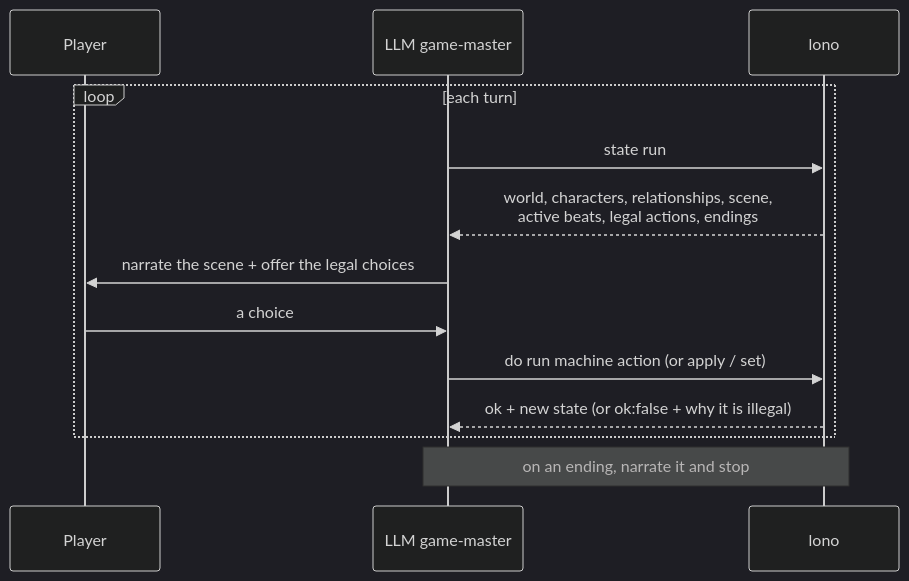
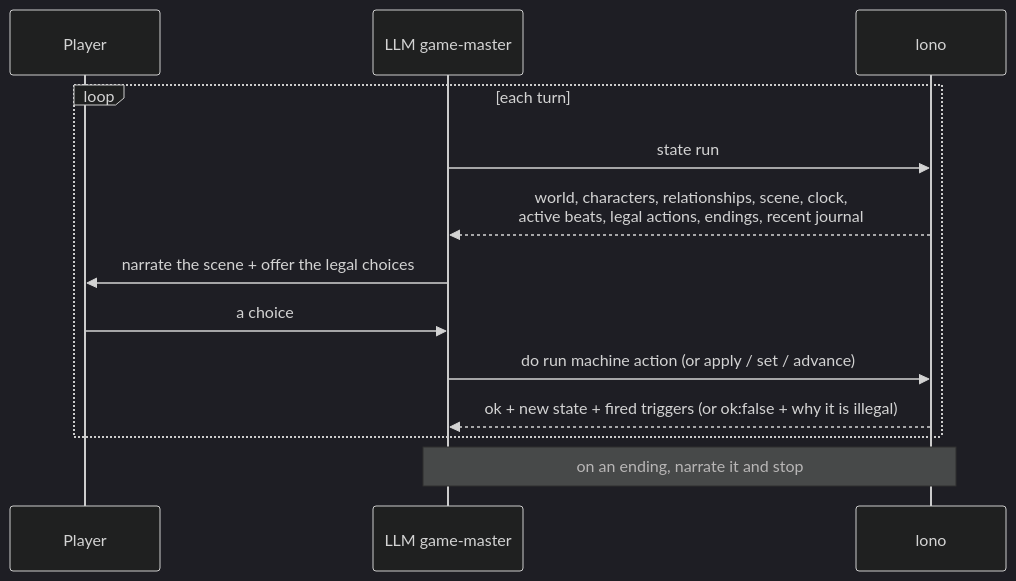
The seventh of 7 diagrams in README.md (SteveCastle/lono), drawn with Mermaid (dark theme) before and after one commit. The commit also changed other lines of this file, not shown here.

Commit message:
docs: document v3 reactive systems in README (triggers, time, computed effects, sets, journal)

````diff
--- a/README.md
+++ b/README.md
@@ -275,15 +353,15 @@
 ```mermaid
 sequenceDiagram
     participant U as Player
     participant M as LLM game-master
     participant L as lono
     loop each turn
         M->>L: state run
-        L-->>M: world, characters, relationships, scene,<br/>active beats, legal actions, endings
+        L-->>M: world, characters, relationships, scene, clock,<br/>active beats, legal actions, endings, recent journal
         M->>U: narrate the scene + offer the legal choices
         U->>M: a choice
-        M->>L: do run machine action   (or apply / set)
-        L-->>M: ok + new state  (or ok:false + why it is illegal)
+        M->>L: do run machine action   (or apply / set / advance)
+        L-->>M: ok + new state + fired triggers  (or ok:false + why it is illegal)
     end
     Note over M,L: on an ending, narrate it and stop
 ```
````
